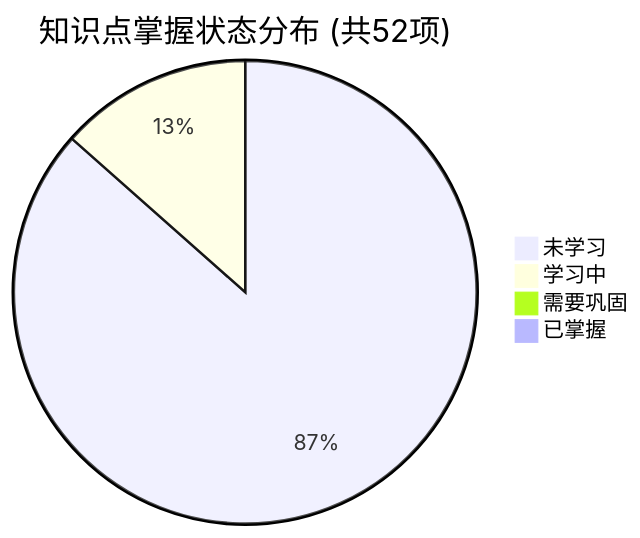
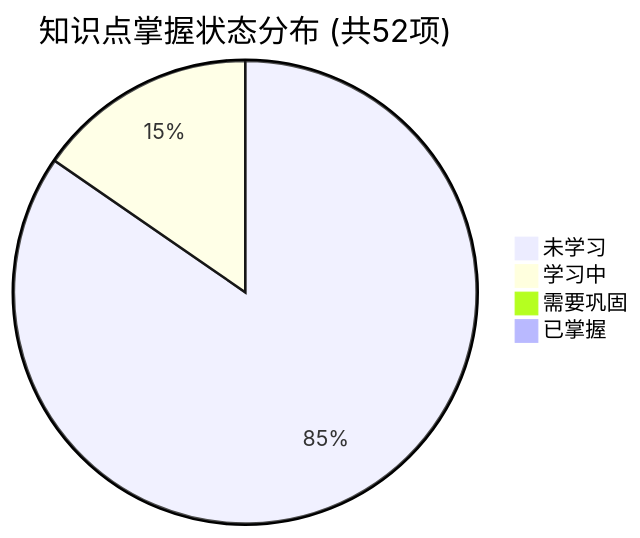
Before and after one commit to tieke1121/tech-interview-knowledge-base: the first of 2 diagrams in PROGRESS.md, drawn with Mermaid. The commit also changed other lines of this file and 1 other file, not shown here.

Commit message:
feat(day09): add hbase architecture, lsm-tree, compaction & rowkey latency governance

````diff
--- a/PROGRESS.md
+++ b/PROGRESS.md
@@ -23,7 +23,7 @@
 ```mermaid
 pie title 知识点掌握状态分布 (共52项)
-    "未学习" : 45
-    "学习中" : 7
+    "未学习" : 44
+    "学习中" : 8
     "需要巩固" : 0
     "已掌握" : 0
 ```
````
